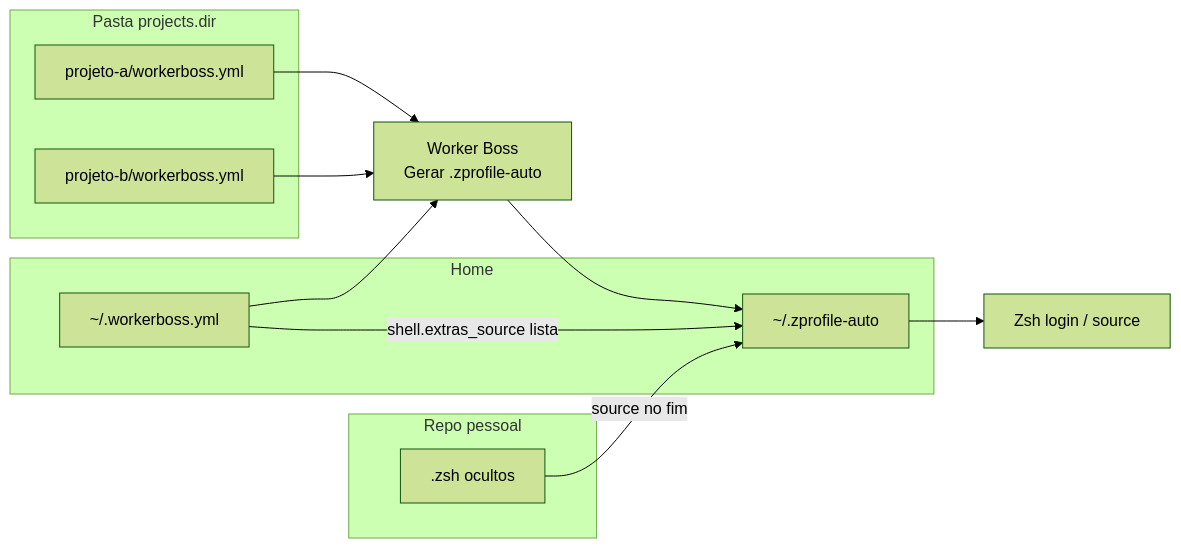
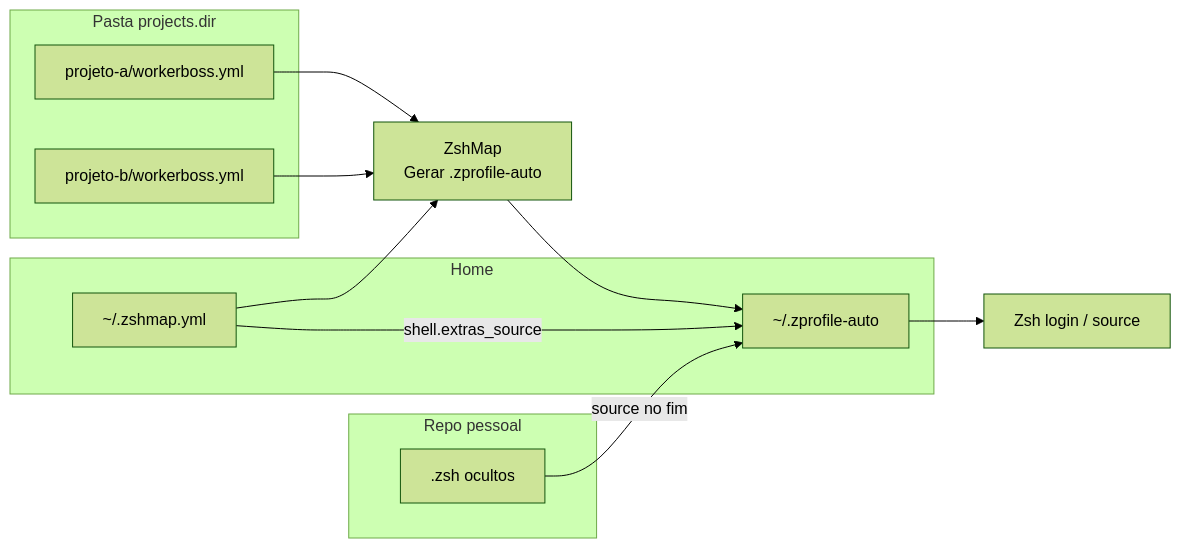
The diagram in README.md (CeruttiMaicon/workerboss-extras), drawn with Mermaid (forest theme) before and after one commit. The commit also changed other lines of this file and 2 other files, not shown here.

Commit message:
refactor(workerboss-extras): Rename and update aliases and configuration references to align with ZshMap

````diff
--- a/README.md
+++ b/README.md
@@ -26,23 +24,23 @@
 ```mermaid
 flowchart LR
   subgraph home [Home]
-    WB_YAML["~/.workerboss.yml"]
+    ZM_YAML["~/.zshmap.yml"]
     ZPA["~/.zprofile-auto"]
   end
   subgraph projects [Pasta projects.dir]
     PY1["projeto-a/workerboss.yml"]
     PY2["projeto-b/workerboss.yml"]
   end
   subgraph personal [Repo pessoal]
     EX[".zsh ocultos"]
   end
-  WB["Worker Boss\nGerar .zprofile-auto"]
+  ZM["ZshMap\nGerar .zprofile-auto"]
   ZSH["Zsh login / source"]
-  WB_YAML --> WB
-  PY1 --> WB
-  PY2 --> WB
-  WB --> ZPA
-  WB_YAML -->|"shell.extras_source lista"| ZPA
+  ZM_YAML --> ZM
+  PY1 --> ZM
+  PY2 --> ZM
+  ZM --> ZPA
+  ZM_YAML -->|"shell.extras_source"| ZPA
   EX -->|"source no fim"| ZPA
   ZPA --> ZSH
 ```
````
